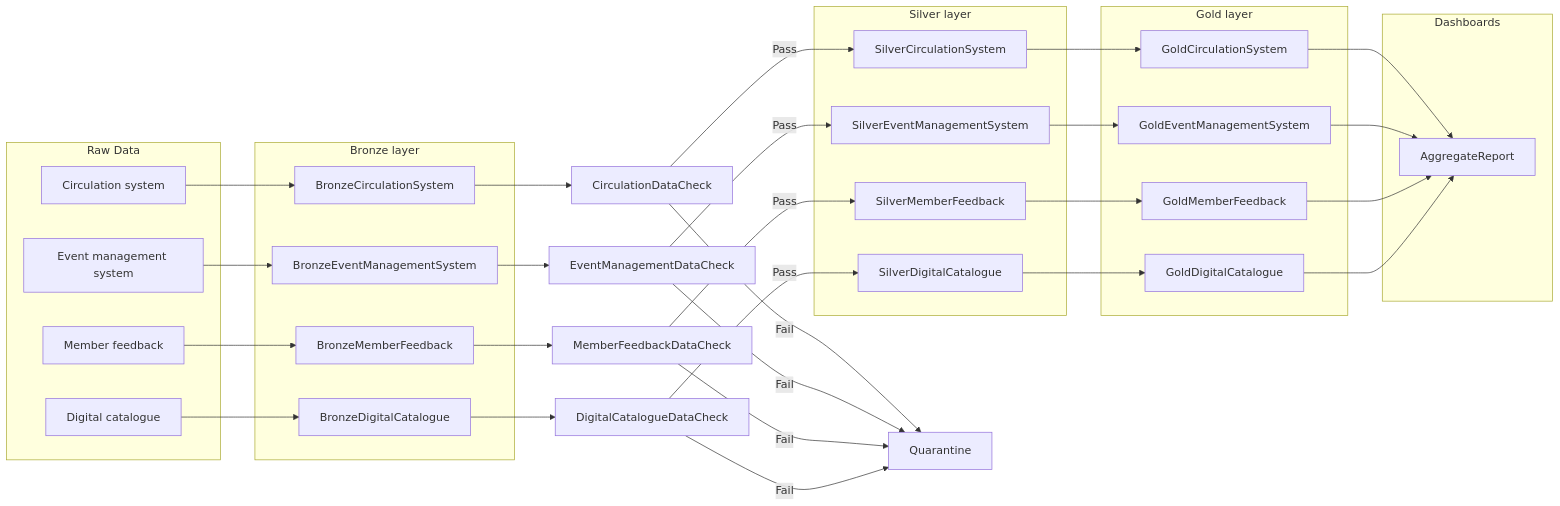
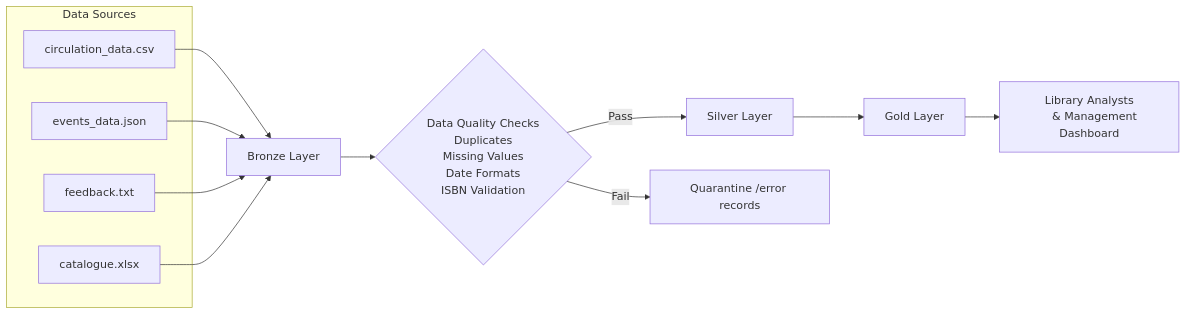
The diagram in docs/architecture/design-pipeline.md (LeeScruby97/qa-library-pipeline), drawn with Mermaid before and after one commit. The commit also changed other lines of this file, not shown here.

Commit message:
Add docs site config and architecture diagram

````diff
--- a/docs/architecture/design-pipeline.md
+++ b/docs/architecture/design-pipeline.md
@@ -4,71 +5,33 @@
 ```mermaid
 flowchart LR
-    subgraph Raw["Raw Data"]
-        
-        Circulation[Circulation system]
-        EventManagement[Event management system]
-        Feedback[Member feedback]
-        Catalogue[Digital catalogue]
-        
+
+    subgraph Source["Data Sources"]
+        Source1[circulation_data.csv]
+        Source2[events_data.json]
+        Source3[feedback.txt]
+        Source4[catalogue.xlsx]
     end
-    
-    Circulation --> BronzeCirculation
-    EventManagement --> BronzeEventManagement
-    Feedback --> BronzeFeedback
-    Catalogue --> BronzeCatalogue
-    
-    subgraph Bronze["Bronze layer"]
-    
-        BronzeCirculation[BronzeCirculationSystem]
-        BronzeEventManagement[BronzeEventManagementSystem]
-        BronzeFeedback[BronzeMemberFeedback]
-        BronzeCatalogue[BronzeDigitalCatalogue]
-        
-    end
-    BronzeCirculation --> CirculationDataCheck
-    CirculationDataCheck -->|Pass| SilverCirculation[Silver]
-    CirculationDataCheck -->|Fail| Quarantine[Quarantine]
-    
-    BronzeEventManagement --> EventManagementDataCheck
-    EventManagementDataCheck -->|Pass| SilverEventManagement[Silver]
-    EventManagementDataCheck -->|Fail| Quarantine[Quarantine]
-    
-    BronzeFeedback --> MemberFeedbackDataCheck
-    MemberFeedbackDataCheck -->|Pass| SilverFeedback[Silver]
-    MemberFeedbackDataCheck -->|Fail| Quarantine[Quarantine]
-    
-    BronzeCatalogue --> DigitalCatalogueDataCheck
-    DigitalCatalogueDataCheck -->|Pass| SilverCatalogue[Silver]
-    DigitalCatalogueDataCheck -->|Fail| Quarantine[Quarantine]
 
-    subgraph Silver["Silver layer"]
-        SilverCirculation[SilverCirculationSystem]
-        SilverEventManagement[SilverEventManagementSystem]
-        SilverFeedback[SilverMemberFeedback]
-        SilverCatalogue[SilverDigitalCatalogue]
-    end
-    
-    SilverCirculation -->GoldCirculation
-    SilverEventManagement --> GoldEventManagement
-    SilverFeedback --> GoldFeedback
-    SilverCatalogue --> GoldCatalogue
-    
-    subgraph Gold["Gold layer"]
-        GoldCirculation[GoldCirculationSystem]
-        GoldEventManagement[GoldEventManagementSystem]
-        GoldFeedback[GoldMemberFeedback]
-        GoldCatalogue[GoldDigitalCatalogue]
-    end
-    
-    GoldCirculation --> AggregateReport
-    GoldEventManagement --> AggregateReport
-    GoldFeedback --> AggregateReport
-    GoldCatalogue --> AggregateReport
-    
-    subgraph Dashboard["Dashboards"]
-        AggregateReport[AggregateReport]
-    end
-        
-     
+    Bronze[Bronze Layer]
 
+    Source1 --> Bronze
+    Source2 --> Bronze
+    Source3 --> Bronze
+    Source4 --> Bronze
+
+    Check{"Data Quality Checks
+    Duplicates
+    Missing Values
+    Date Formats
+    ISBN Validation"}
+
+    Bronze --> Check
+
+    Check -->|Pass| Silver[Silver Layer]
+    Check -->|Fail| Quarantine[Quarantine /error records]
+
+    Silver --> Gold[Gold Layer]
+
+    Gold --> Dashboard["Library Analysts
+    & Management Dashboard"]
 ```
````
